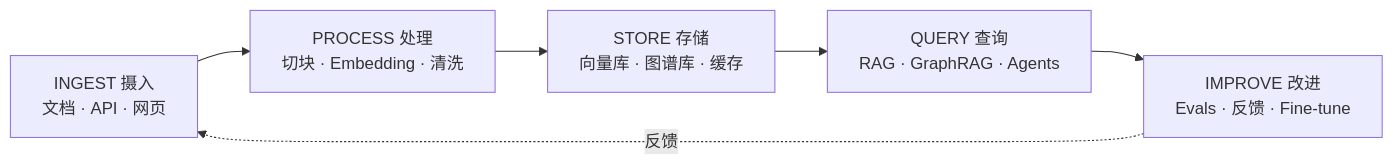
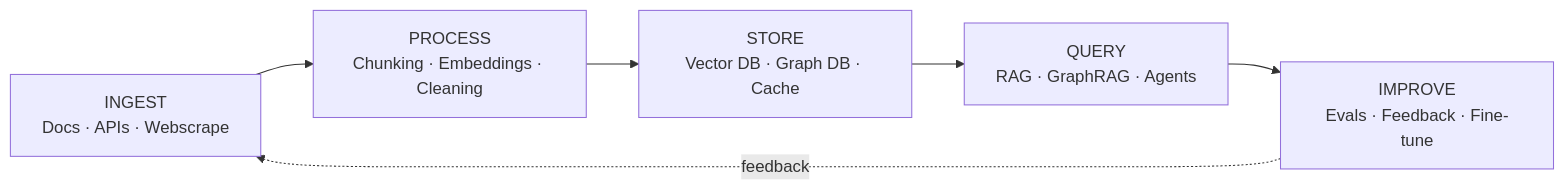
The diagram in translations/README_zh-CN.md (kennethlaw325/awesome-llm-knowledge-systems), drawn with Mermaid before and after one commit. The commit also changed other lines of this file and 98 other files, not shown here.

````diff
--- a/translations/README_zh-CN.md
+++ b/translations/README_zh-CN.md
@@ -94,8 +191,8 @@
 ```mermaid
 flowchart LR
-    I[INGEST 摄入<br/>文档 · API · 网页] --> P[PROCESS 处理<br/>切块 · Embedding · 清洗]
-    P --> S[STORE 存储<br/>向量库 · 图谱库 · 缓存]
-    S --> Q[QUERY 查询<br/>RAG · GraphRAG · Agents]
-    Q --> M[IMPROVE 改进<br/>Evals · 反馈 · Fine-tune]
-    M -. 反馈 .-> I
+    I[INGEST<br/>Docs · APIs · Webscrape] --> P[PROCESS<br/>Chunking · Embeddings · Cleaning]
+    P --> S[STORE<br/>Vector DB · Graph DB · Cache]
+    S --> Q[QUERY<br/>RAG · GraphRAG · Agents]
+    Q --> M[IMPROVE<br/>Evals · Feedback · Fine-tune]
+    M -. feedback .-> I
 ```
````
